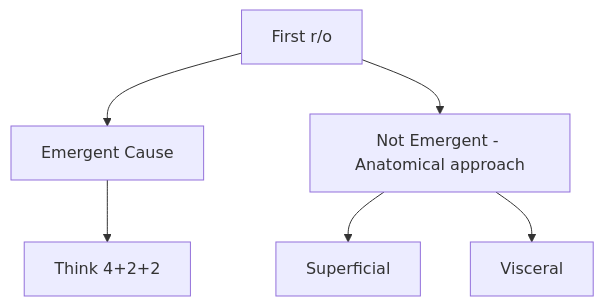
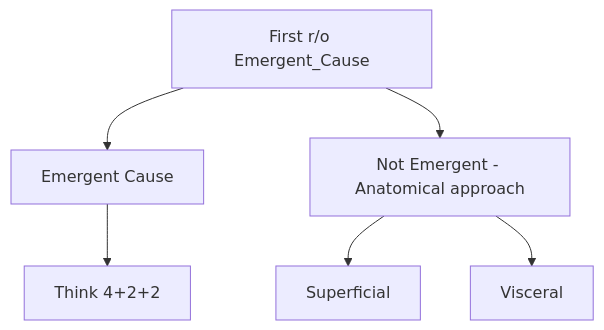
One commit to htlin222/manual changed the diagram in docs/臨床推理/Cardiac/Chest pain.md. Above: the diagram before and after it, drawn with Mermaid. The commit also changed other lines of this file and 27 other files, not shown here.

````diff
--- a/docs/臨床推理/Cardiac/Chest pain.md
+++ b/docs/臨床推理/Cardiac/Chest pain.md
@@ -8,15 +8,15 @@
 ```mermaid
 flowchart TD
 	id1-->id2_1
 	id1-->id2_2
 	id2_1-->id2_1_1
 	id2_2-->id2_2_1
 	id2_2-->id2_2_2
-	id1[First r/o]
+	id1[First r/o Emergent_Cause]
 	id2_1[Emergent Cause]
 	id2_2[Not Emergent - Anatomical approach]
 	id2_1_1[Think 4+2+2]
 	id2_2_1[Superficial]
 	id2_2_2[Visceral]
-	click id2_1 "./#Emergent_Cause" _blank
+	click id2_1 "./#emergent-cause" _blank
 ```
````
